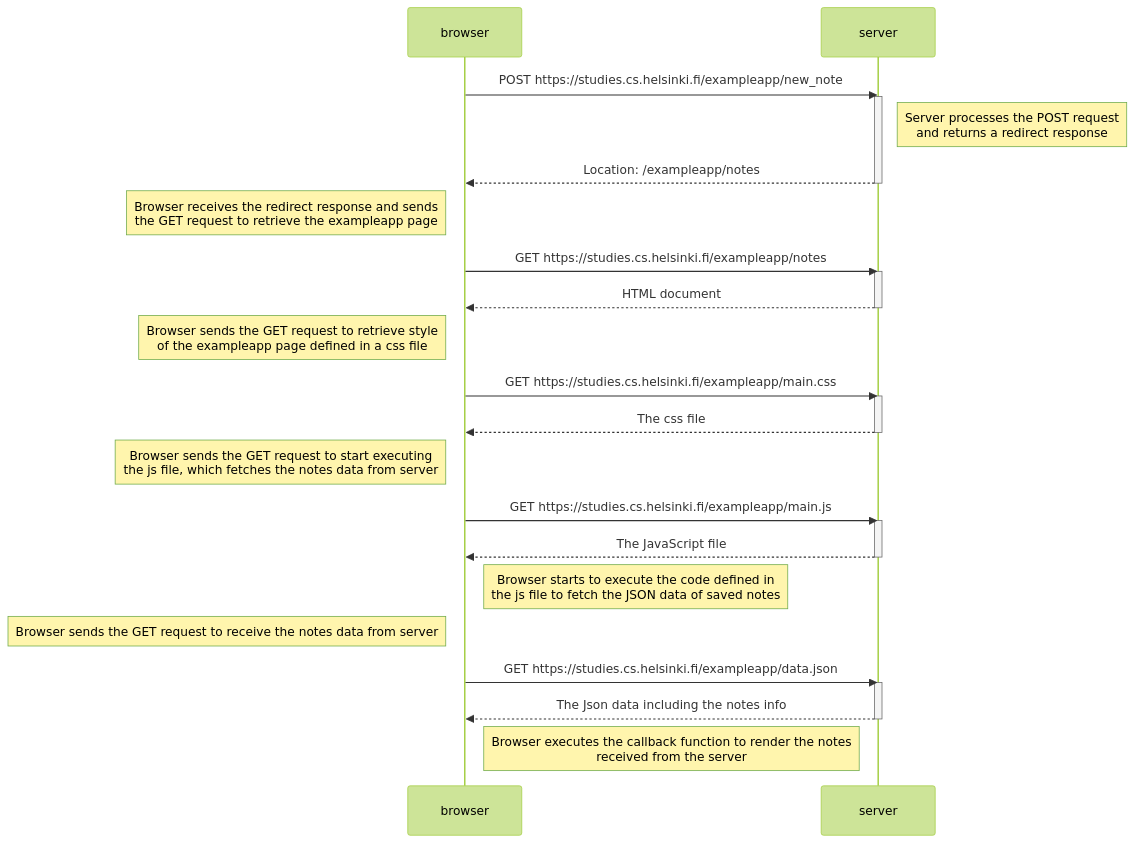
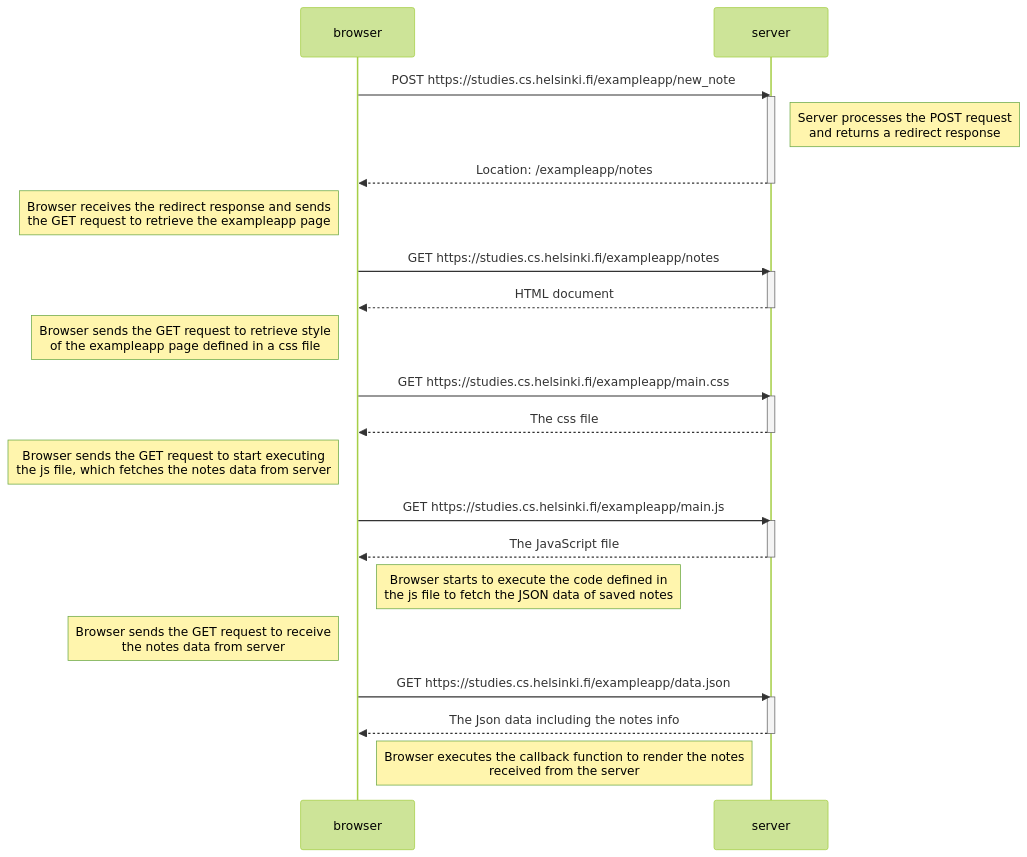
Before and after one commit to oskarioksanen/fullstack_open_palautusrepo: the diagram in osa0/uusi_muistiinpano_kaavio.md, drawn with Mermaid (forest theme).

````diff
--- a/osa0/uusi_muistiinpano_kaavio.md
+++ b/osa0/uusi_muistiinpano_kaavio.md
@@ -3,40 +3,40 @@
 ```mermaid
 sequenceDiagram
     participant browser
     participant server
 
     browser->>server: POST https://studies.cs.helsinki.fi/exampleapp/new_note
     activate server
 
     Note right of server: Server processes the POST request<br/>and returns a redirect response
 
     server-->>browser: Location: /exampleapp/notes
     deactivate server
     
     Note left of browser: Browser receives the redirect response and sends<br/>the GET request to retrieve the exampleapp page
     browser->>server: GET https://studies.cs.helsinki.fi/exampleapp/notes
     activate server
     server-->>browser: HTML document
     deactivate server
 
     Note left of browser: Browser sends the GET request to retrieve style<br/>of the exampleapp page defined in a css file
     browser->>server: GET https://studies.cs.helsinki.fi/exampleapp/main.css
     activate server
     server-->>browser: The css file
     deactivate server
 
     Note left of browser: Browser sends the GET request to start executing<br/>the js file, which fetches the notes data from server
     browser->>server: GET https://studies.cs.helsinki.fi/exampleapp/main.js
     activate server
     server-->>browser: The JavaScript file
     deactivate server
     Note right of browser: Browser starts to execute the code defined in<br/>the js file to fetch the JSON data of saved notes
 
-    Note left of browser: Browser sends the GET request to receive the notes data from server
+    Note left of browser: Browser sends the GET request to receive<br/>the notes data from server
     browser->>server: GET https://studies.cs.helsinki.fi/exampleapp/data.json
     activate server
     server-->>browser: The Json data including the notes info
     deactivate server
     Note right of browser: Browser executes the callback function to render the notes<br/>received from the server
 
 ```
````
